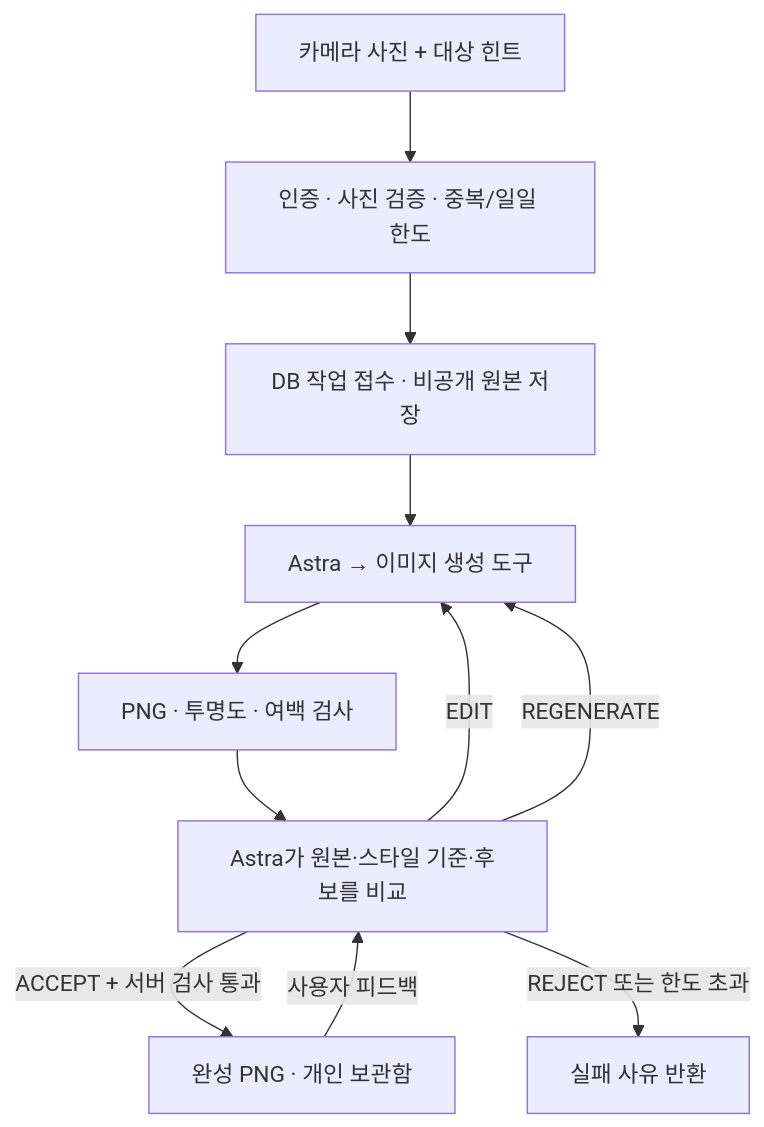
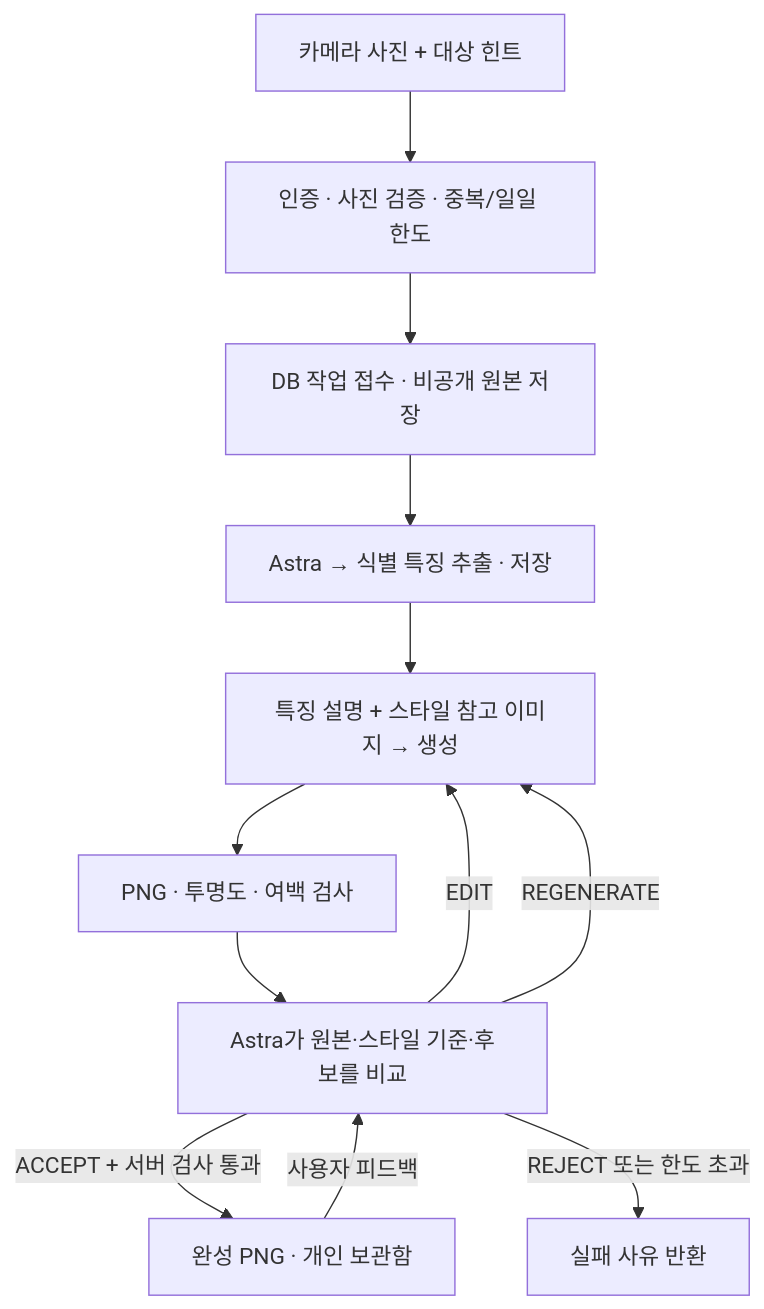
One commit to TripleS-soma/rougether-server changed the diagram in docs/work/photo-furniture-astra.md. Above: the diagram before and after it, drawn with Mermaid. The commit also changed other lines of this file and 9 other files, not shown here.

````diff
--- a/docs/work/photo-furniture-astra.md
+++ b/docs/work/photo-furniture-astra.md
@@ -7,13 +7,14 @@
 ```mermaid
 flowchart TD
     P[카메라 사진 + 대상 힌트] --> U[인증 · 사진 검증 · 중복/일일 한도]
     U --> J[DB 작업 접수 · 비공개 원본 저장]
-    J --> G[Astra → 이미지 생성 도구]
+    J --> E[Astra → 식별 특징 추출 · 저장]
+    E --> G[특징 설명 + 스타일 참고 이미지 → 생성]
     G --> Q[PNG · 투명도 · 여백 검사]
     Q --> R[Astra가 원본·스타일 기준·후보를 비교]
     R -->|ACCEPT + 서버 검사 통과| I[완성 PNG · 개인 보관함]
     R -->|EDIT| G
     R -->|REGENERATE| G
     R -->|REJECT 또는 한도 초과| F[실패 사유 반환]
     I -->|사용자 피드백| R
 ```
````
